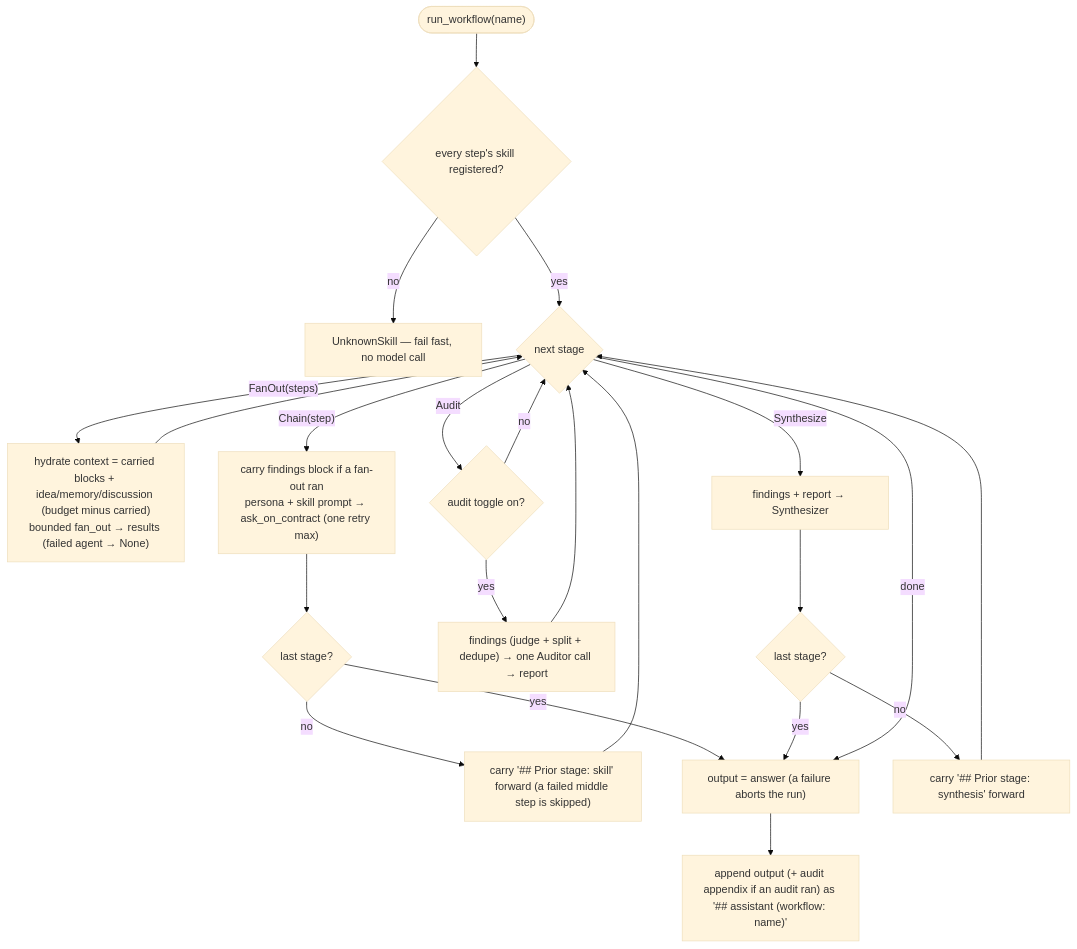
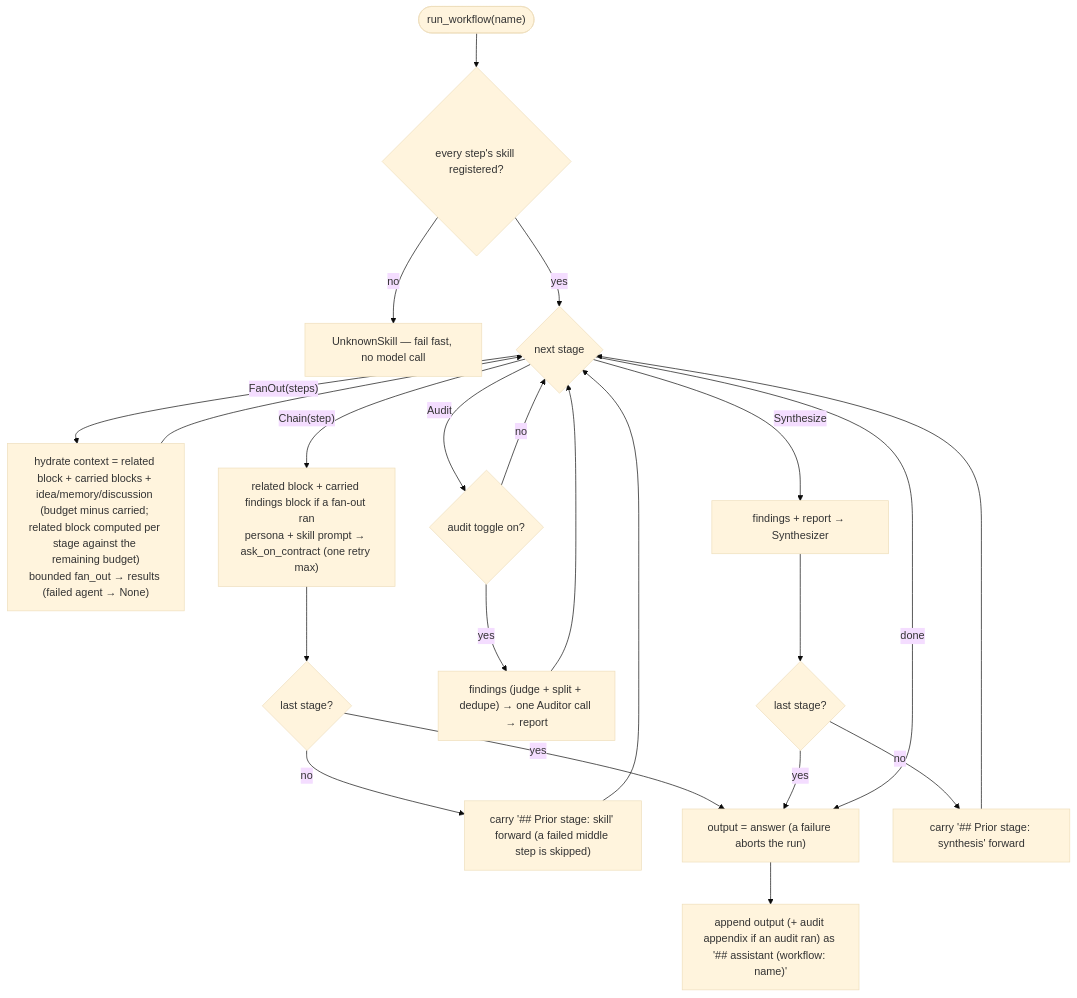
The second of 2 diagrams in docs/06-concepts/workflows.md (jasdian/idea-vault), drawn with Mermaid (base theme) before and after one commit. The commit also changed other lines of this file and 11 other files, not shown here.

Commit message:
docs(data-model): fact_links, edges, related block and panel in the design docs

````diff
--- a/docs/06-concepts/workflows.md
+++ b/docs/06-concepts/workflows.md
@@ -69,22 +69,22 @@
 ```mermaid
 flowchart TD
     START(["run_workflow(name)"]) --> CHECK{"every step's skill registered?"}
     CHECK -->|no| UNK["UnknownSkill — fail fast, no model call"]
     CHECK -->|yes| NEXT{"next stage"}
 
-    NEXT -->|"FanOut(steps)"| FO["hydrate context = carried blocks + idea/memory/discussion (budget minus carried)<br/>bounded fan_out → results (failed agent → None)"]
+    NEXT -->|"FanOut(steps)"| FO["hydrate context = related block + carried blocks + idea/memory/discussion (budget minus carried; related block computed per stage against the remaining budget)<br/>bounded fan_out → results (failed agent → None)"]
     FO --> NEXT
-    NEXT -->|"Chain(step)"| CH["carry findings block if a fan-out ran<br/>persona + skill prompt → ask_on_contract (one retry max)"]
+    NEXT -->|"Chain(step)"| CH["related block + carried findings block if a fan-out ran<br/>persona + skill prompt → ask_on_contract (one retry max)"]
     CH --> LASTC{"last stage?"}
     LASTC -->|"no"| CARRY["carry '## Prior stage: skill' forward (a failed middle step is skipped)"] --> NEXT
     LASTC -->|"yes"| OUT["output = answer (a failure aborts the run)"]
     NEXT -->|"Audit"| AUD{"audit toggle on?"}
     AUD -->|"no"| NEXT
     AUD -->|"yes"| AU["findings (judge + split + dedupe) → one Auditor call → report"] --> NEXT
     NEXT -->|"Synthesize"| SY["findings + report → Synthesizer"]
     SY --> LASTS{"last stage?"}
     LASTS -->|"no"| CARRY2["carry '## Prior stage: synthesis' forward"] --> NEXT
     LASTS -->|"yes"| OUT
     NEXT -->|"done"| OUT
     OUT --> PERSIST["append output (+ audit appendix if an audit ran) as '## assistant (workflow: name)'"]
 ```
````
